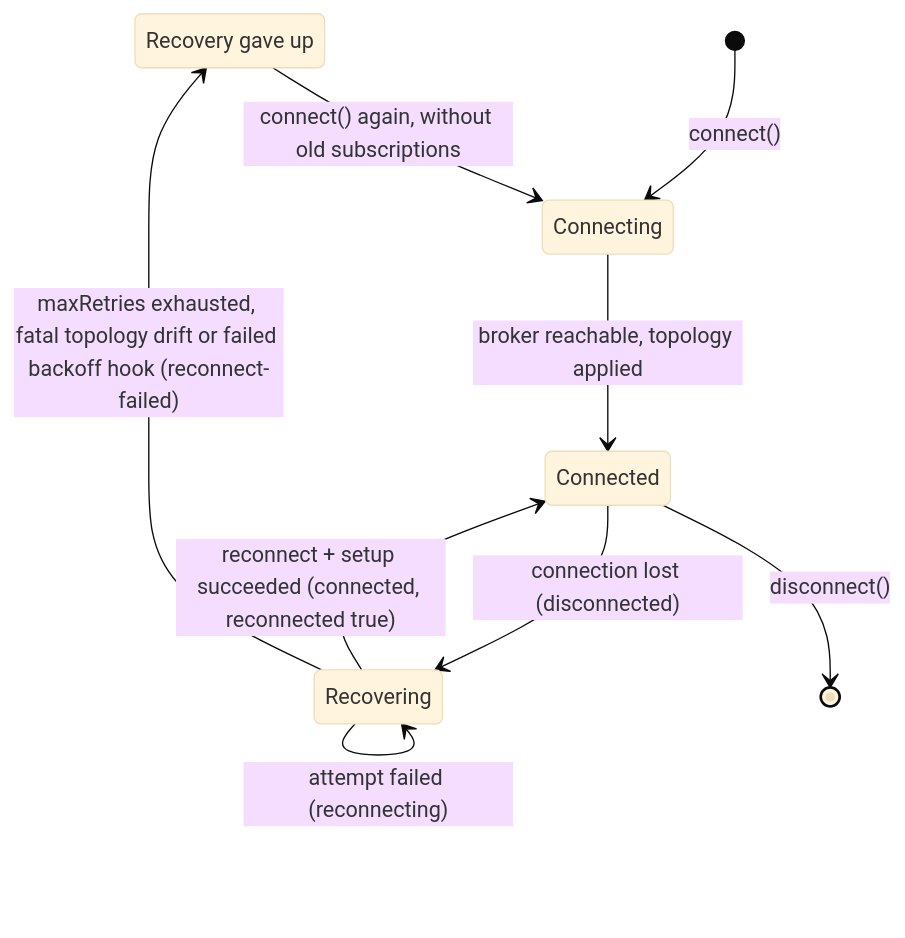
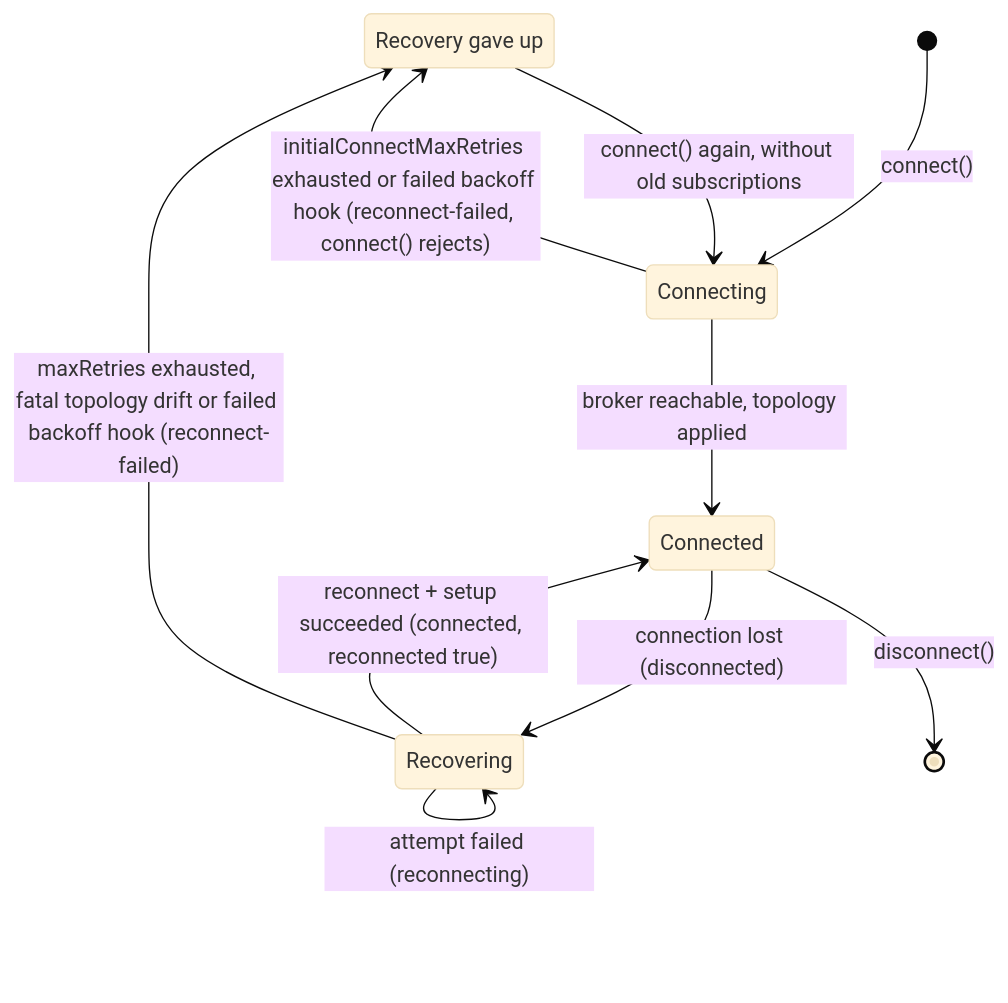
One commit to Connectum-Framework/docs changed the diagram in en/guide/events/amqp-reliability.md. Above: the diagram before and after it, drawn with Mermaid (base theme). The commit also changed other lines of this file and 1 other file, not shown here.

````diff
--- a/en/guide/events/amqp-reliability.md
+++ b/en/guide/events/amqp-reliability.md
@@ -276,12 +276,13 @@
 ```mermaid
 stateDiagram-v2
     state "Recovery gave up" as GaveUp
     [*] --> Connecting: connect()
     Connecting --> Connected: broker reachable, topology applied
     Connected --> Recovering: connection lost (disconnected)
     Recovering --> Connected: reconnect + setup succeeded (connected, reconnected true)
     Recovering --> Recovering: attempt failed (reconnecting)
     Recovering --> GaveUp: maxRetries exhausted, fatal topology drift or failed backoff hook (reconnect-failed)
+    Connecting --> GaveUp: initialConnectMaxRetries exhausted or failed backoff hook (reconnect-failed, connect() rejects)
     GaveUp --> Connecting: connect() again, without old subscriptions
     Connected --> [*]: disconnect()
 ```
````
